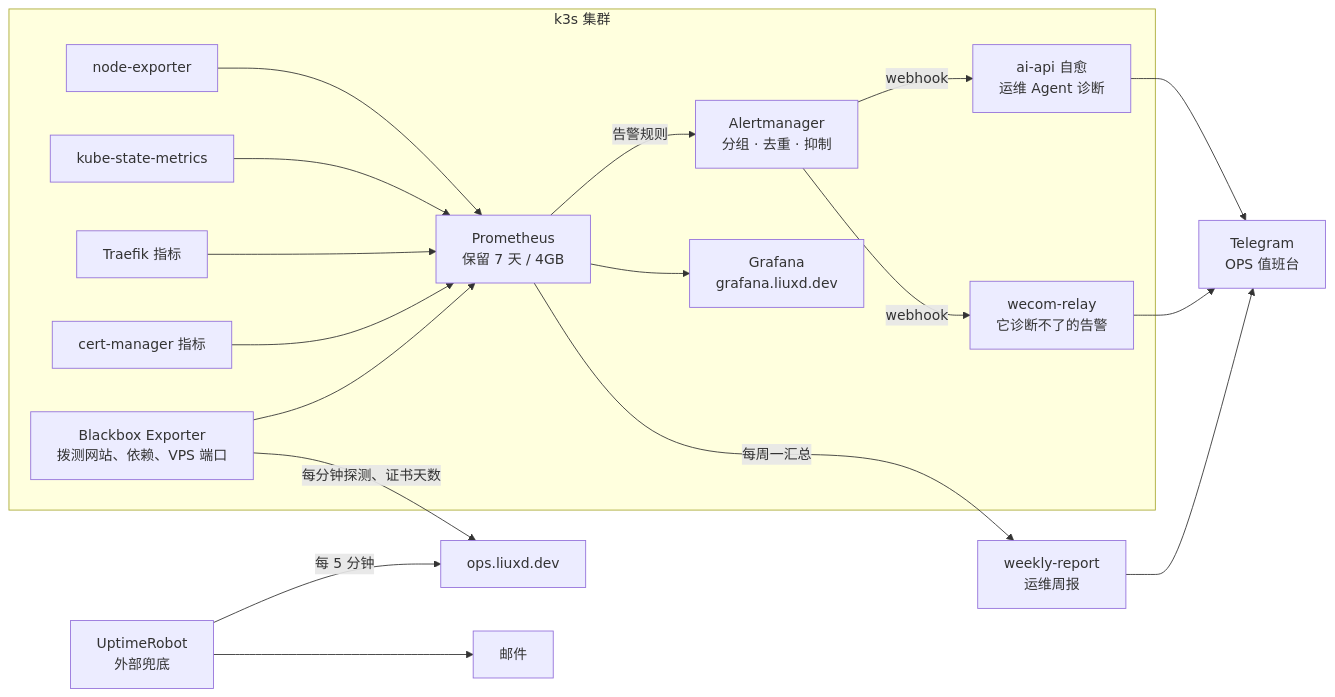
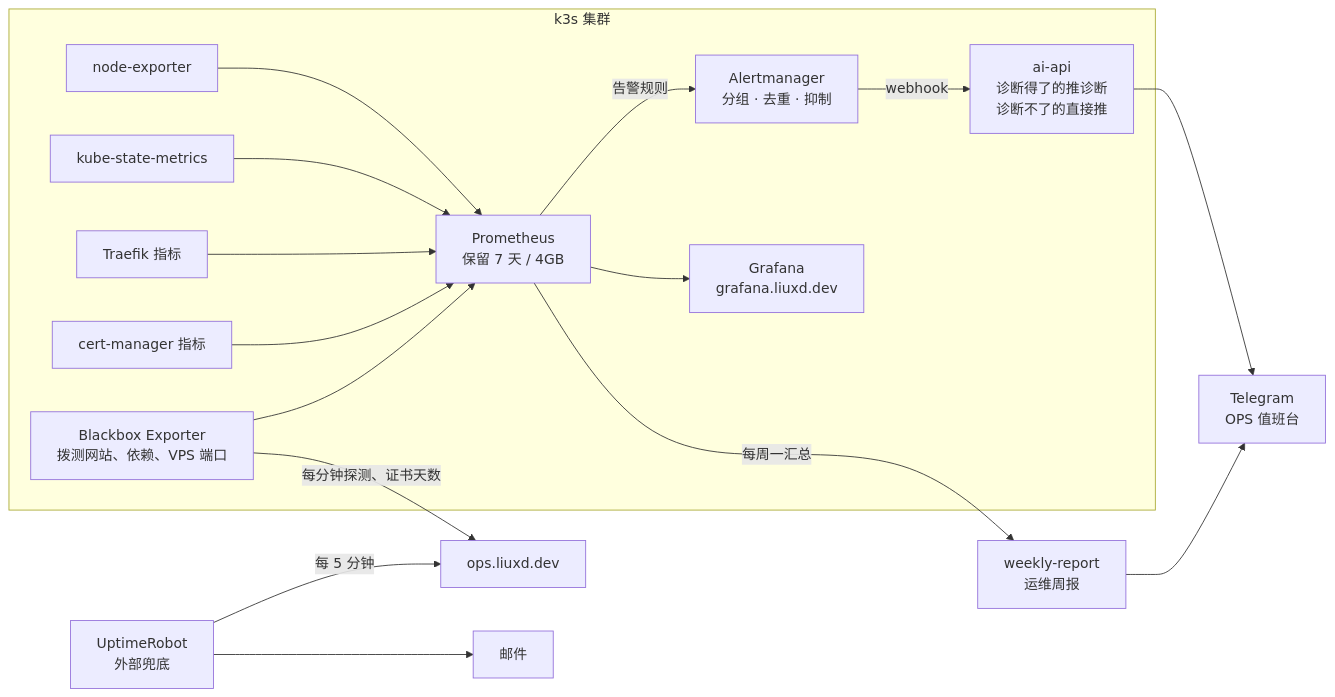
Before and after one commit to roccowork/ai-portfolio: the second of 2 diagrams in docs/architecture.md, drawn with Mermaid. The commit also changed other lines of this file and 32 other files, not shown here.

First line of the commit message:
告警只经过 ai-api 一个入口：去掉 wecom-relay 和企业微信；网站减到 1 个副本；Dify 应用准备删除

````diff
--- a/docs/architecture.md
+++ b/docs/architecture.md
@@ -84,21 +84,19 @@
 ```mermaid
 flowchart LR
   subgraph k3s[k3s 集群]
     ne[node-exporter] --> prom[Prometheus<br/>保留 7 天 / 4GB]
     ksm[kube-state-metrics] --> prom
     tr[Traefik 指标] --> prom
     cm[cert-manager 指标] --> prom
     prom -- 告警规则 --> am[Alertmanager<br/>分组 · 去重 · 抑制]
-    am -- webhook --> heal[ai-api 自愈<br/>运维 Agent 诊断]
-    am -- webhook --> relay[wecom-relay<br/>它诊断不了的告警]
+    am -- webhook --> heal[ai-api<br/>诊断得了的推诊断<br/>诊断不了的直接推]
     prom --> graf[Grafana<br/>grafana.liuxd.dev]
     bb[Blackbox Exporter<br/>拨测网站、依赖、VPS 端口] --> prom
   end
   prom -- 每周一汇总 --> weekly[weekly-report<br/>运维周报]
   heal --> tg[Telegram<br/>OPS 值班台]
-  relay --> tg
   weekly --> tg
   bb -- 每分钟探测、证书天数 --> site[ops.liuxd.dev]
   ur[UptimeRobot<br/>外部兜底] -- 每 5 分钟 --> site
   ur --> mail[邮件]
 ```
````
